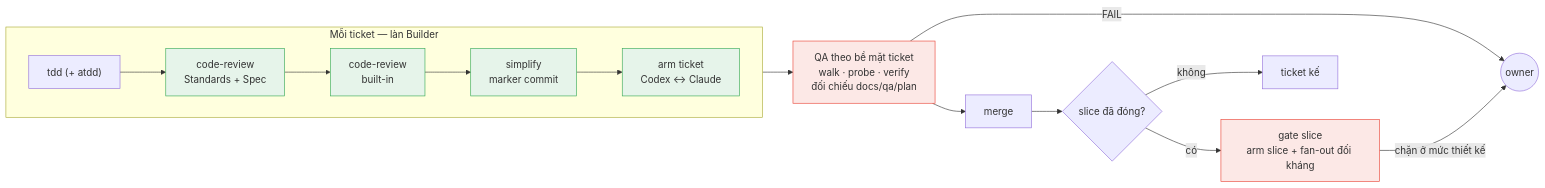
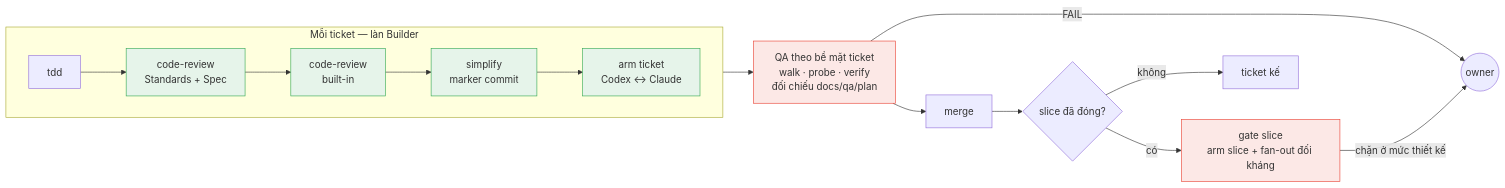
One commit to thientranhung/astragentic changed the third of 3 diagrams in README.vn.md. Above: the diagram before and after it, drawn with Mermaid. The commit also changed other lines of this file and 73 other files, not shown here.

````diff
--- a/README.vn.md
+++ b/README.vn.md
@@ -166,21 +166,21 @@
 ```mermaid
 flowchart LR
     subgraph PT["Mỗi ticket — làn Builder"]
         direction LR
-        R0["tdd (+ atdd)"] --> R1["code-review\nStandards + Spec"] --> R2["code-review\nbuilt-in"] --> R3["simplify\nmarker commit"] --> R4["arm ticket\nCodex ↔ Claude"]
+        R0["tdd"] --> R1["code-review\nStandards + Spec"] --> R2["code-review\nbuilt-in"] --> R3["simplify\nmarker commit"] --> R4["arm ticket\nCodex ↔ Claude"]
     end
     PT --> QA["QA theo bề mặt ticket\nwalk · probe · verify\nđối chiếu docs/qa/plan"]
     QA --> M["merge"]
     M --> SC{"slice đã đóng?"}
     SC -->|có| SG["gate slice\narm slice + fan-out đối kháng"]
     SC -->|không| Next["ticket kế"]
     QA -->|FAIL| Owner(("owner"))
     SG -->|chặn ở mức thiết kế| Owner
 
     style R1 fill:#e6f4ea,stroke:#34a853
     style R2 fill:#e6f4ea,stroke:#34a853
     style R3 fill:#e6f4ea,stroke:#34a853
     style R4 fill:#e6f4ea,stroke:#34a853
     style QA fill:#fce8e6,stroke:#ea4335
     style SG fill:#fce8e6,stroke:#ea4335
 ```
````
